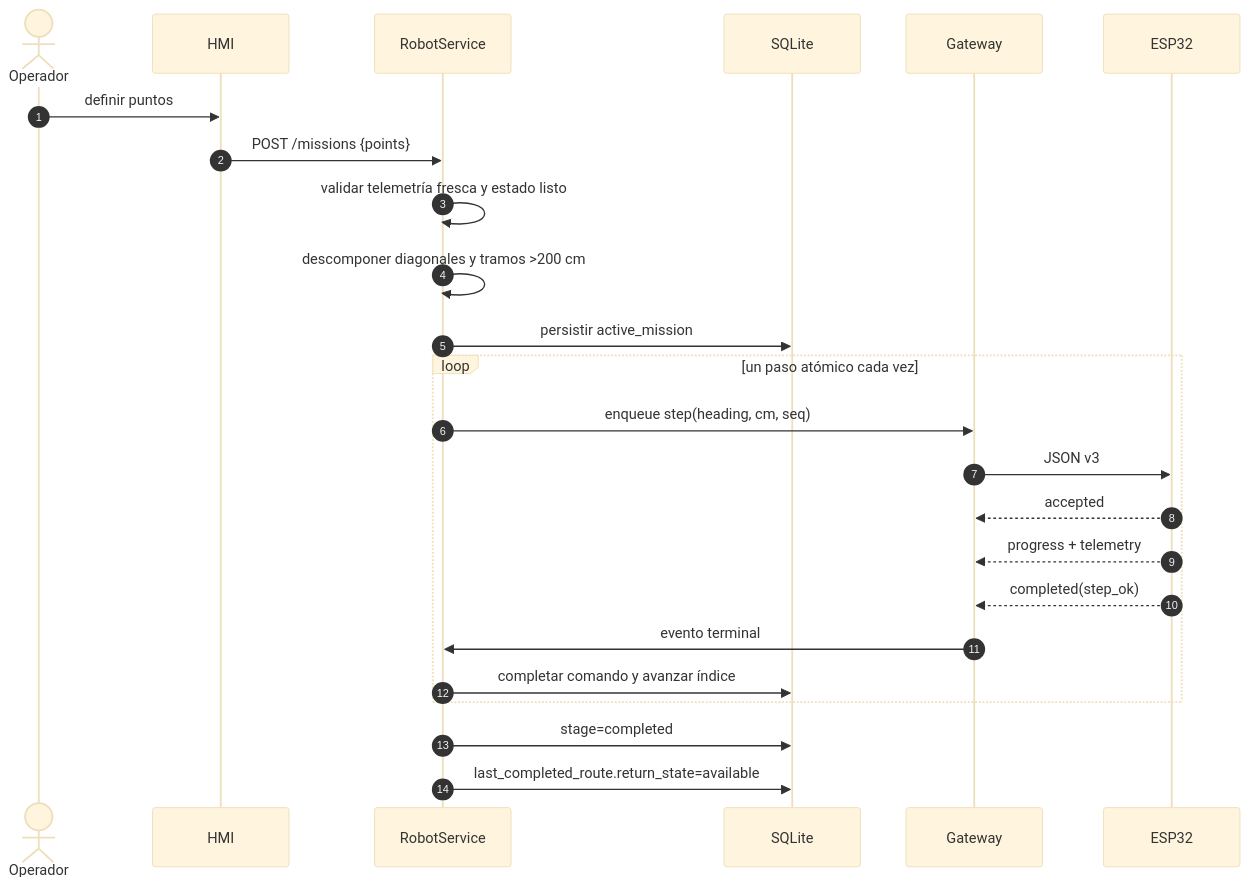
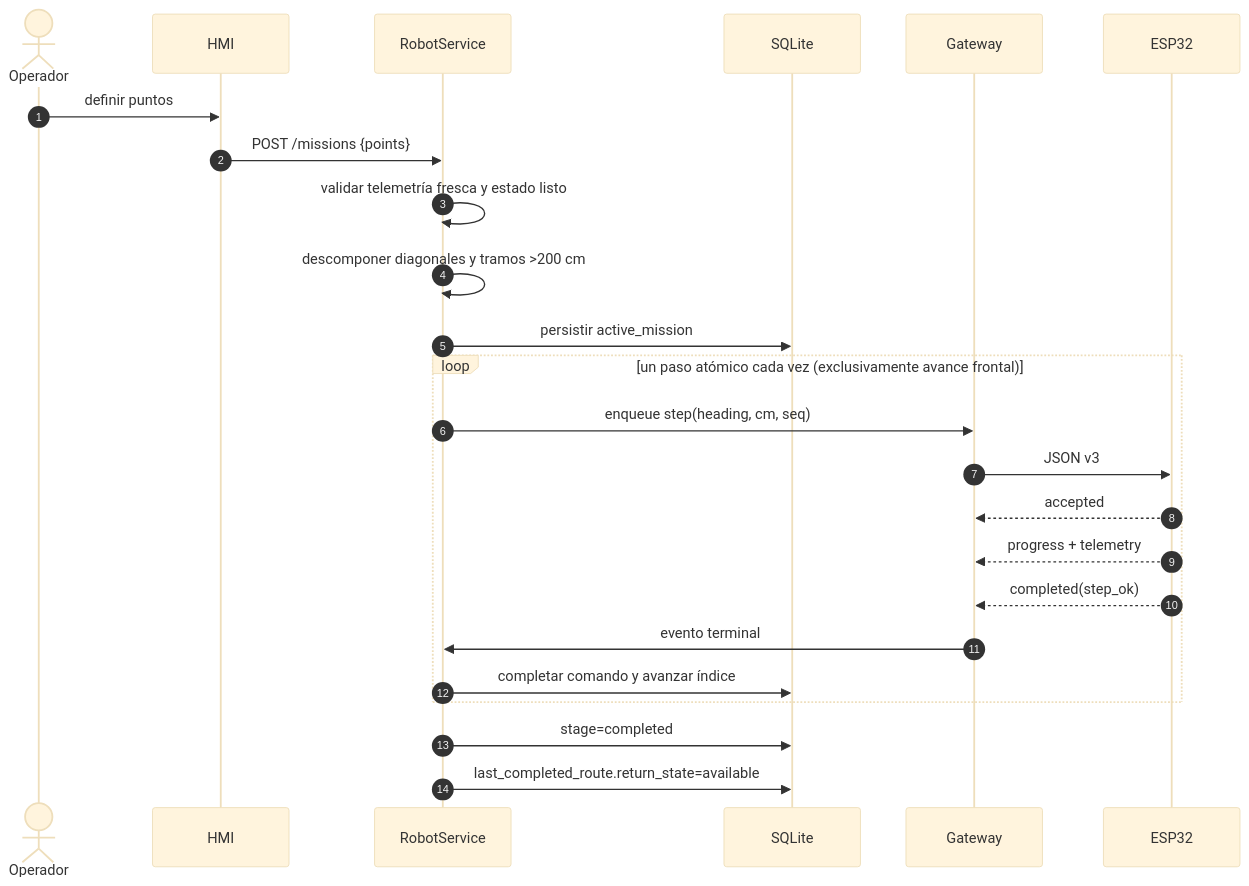
The seventh of 19 diagrams in DIAGRAMA_SISTEMA_GENERAL.md (RubenAndresGome/carroTest3-For-Esp32-s3-wroom), drawn with Mermaid (base theme) before and after one commit. The commit also changed other lines of this file and 369 other files, not shown here.

````diff
--- a/DIAGRAMA_SISTEMA_GENERAL.md
+++ b/DIAGRAMA_SISTEMA_GENERAL.md
@@ -209,27 +255,27 @@
 ```mermaid
 sequenceDiagram
     autonumber
     actor O as Operador
     participant H as HMI
     participant S as RobotService
     participant DB as SQLite
     participant G as Gateway
     participant E as ESP32
 
     O->>H: definir puntos
     H->>S: POST /missions {points}
     S->>S: validar telemetría fresca y estado listo
     S->>S: descomponer diagonales y tramos >200 cm
     S->>DB: persistir active_mission
-    loop un paso atómico cada vez
+    loop un paso atómico cada vez (exclusivamente avance frontal)
         S->>G: enqueue step(heading, cm, seq)
         G->>E: JSON v3
         E-->>G: accepted
         E-->>G: progress + telemetry
         E-->>G: completed(step_ok)
         G->>S: evento terminal
         S->>DB: completar comando y avanzar índice
     end
     S->>DB: stage=completed
     S->>DB: last_completed_route.return_state=available
 ```
````
